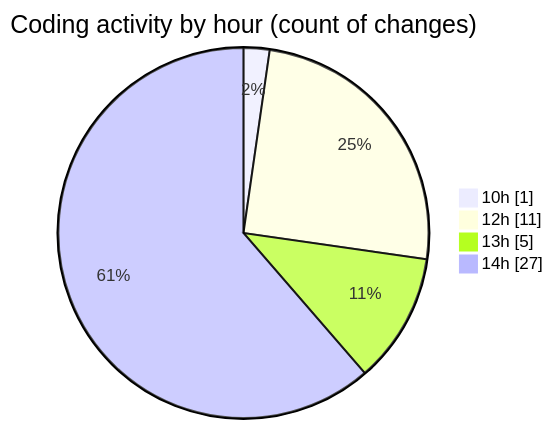
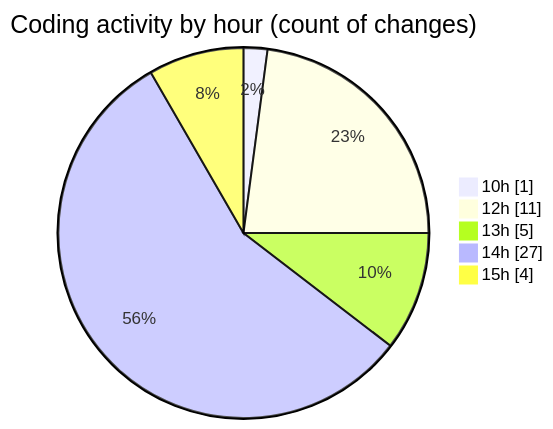
One commit to nxtqubesakshisongat/code-tracking changed the second of 2 diagrams in 2026-01-12/nxtqube_webapp/README.md. Above: the diagram before and after it, drawn with Mermaid. The commit also changed other lines of this file and 1 other file, not shown here.

````diff
--- a/2026-01-12/nxtqube_webapp/README.md
+++ b/2026-01-12/nxtqube_webapp/README.md
@@ -37,8 +37,9 @@
 ```mermaid
 pie showData
 title Coding activity by hour (count of changes)
 "10h" : 1
 "12h" : 11
 "13h" : 5
 "14h" : 27
+"15h" : 4
 ```
````
